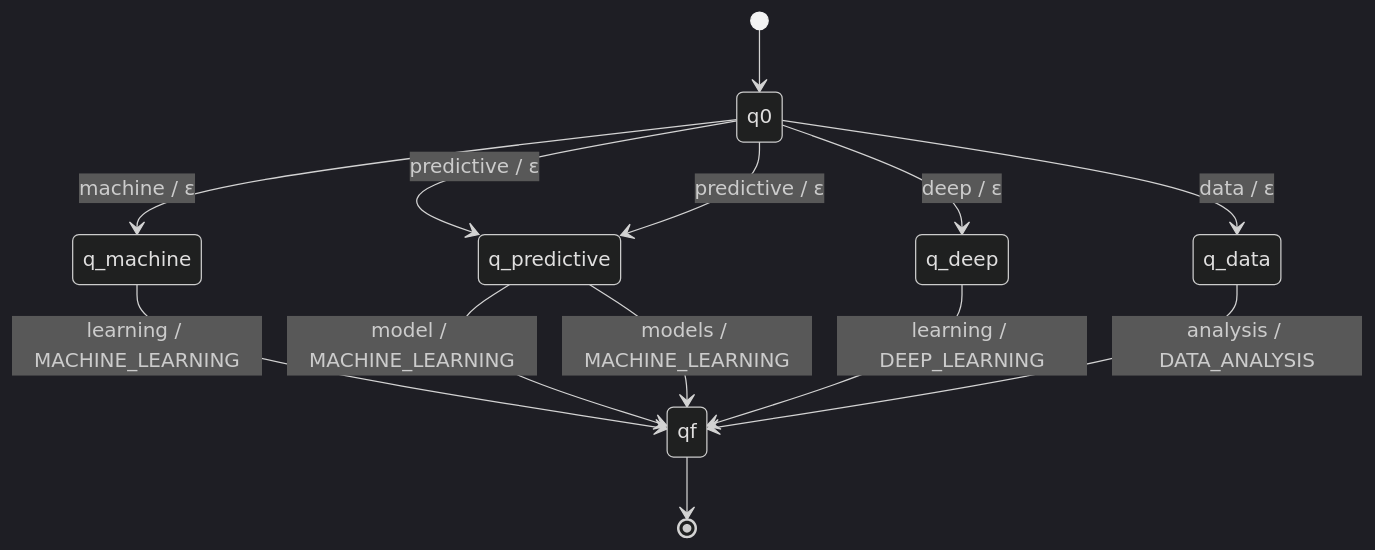
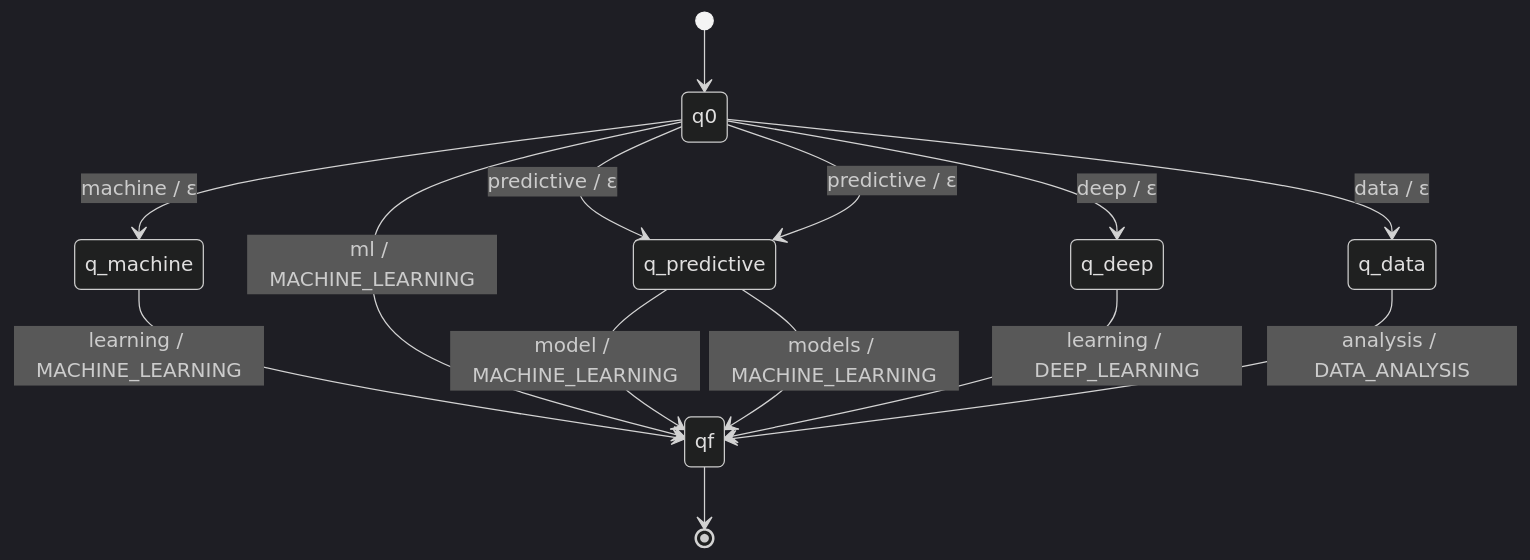
The sixth of 6 diagrams in docs/03_transducers.md (62alejandrojt/XOale_ResumeLens), drawn with Mermaid (dark theme) before and after one commit. The commit also changed other lines of this file and 6 other files, not shown here.

````diff
--- a/docs/03_transducers.md
+++ b/docs/03_transducers.md
@@ -379,15 +383,16 @@
 ```mermaid
 stateDiagram-v2
     [*] --> q0
     q0 --> q_machine : machine / ε
     q_machine --> qf : learning / MACHINE_LEARNING
+    q0 --> qf : ml / MACHINE_LEARNING
     q0 --> q_predictive : predictive / ε
     q0 --> q_predictive : predictive / ε
     q_predictive --> qf : model / MACHINE_LEARNING
     q_predictive --> qf : models / MACHINE_LEARNING
     q0 --> q_deep : deep / ε
     q_deep --> qf : learning / DEEP_LEARNING
     q0 --> q_data : data / ε
     q_data --> qf : analysis / DATA_ANALYSIS
     qf --> [*]
 ```
````
